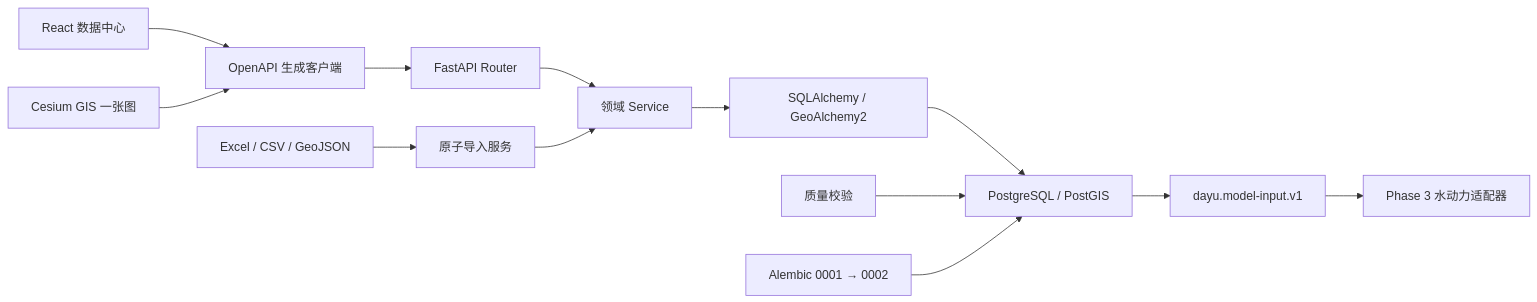
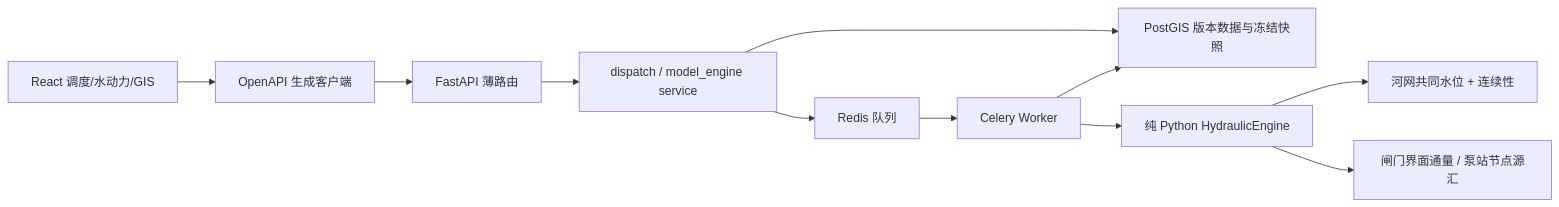
Before and after one commit to zj1310426307-stack/dayu-tiangong: the diagram in docs/architecture.md, drawn with Mermaid. The commit also changed other lines of this file and 139 other files, not shown here.

Commit message:
feat: deliver Dayu Tiangong Phase 3 and 4

````diff
--- a/docs/architecture.md
+++ b/docs/architecture.md
@@ -7,15 +5,13 @@
 ```mermaid
 flowchart LR
-    UI["React 数据中心"] --> Client["OpenAPI 生成客户端"]
-    GIS["Cesium GIS 一张图"] --> Client
-    Client --> Router["FastAPI Router"]
-    Router --> Services["领域 Service"]
-    Services --> ORM["SQLAlchemy / GeoAlchemy2"]
-    ORM --> DB["PostgreSQL / PostGIS"]
-    Files["Excel / CSV / GeoJSON"] --> Import["原子导入服务"]
-    Import --> Services
-    Validate["质量校验"] --> DB
-    DB --> Snapshot["dayu.model-input.v1"]
-    Snapshot --> Phase3["Phase 3 水动力适配器"]
-    Alembic["Alembic 0001 → 0002"] --> DB
+  UI["React 调度/水动力/GIS"] --> C["OpenAPI 生成客户端"]
+  C --> R["FastAPI 薄路由"]
+  R --> S["dispatch / model_engine service"]
+  S --> P["PostGIS 版本数据与冻结快照"]
+  S --> Q["Redis 队列"]
+  Q --> W["Celery Worker"]
+  W --> E["纯 Python HydraulicEngine"]
+  E --> N["河网共同水位 + 连续性"]
+  E --> GP["闸门界面通量 / 泵站节点源汇"]
+  W --> P
 ```
````
